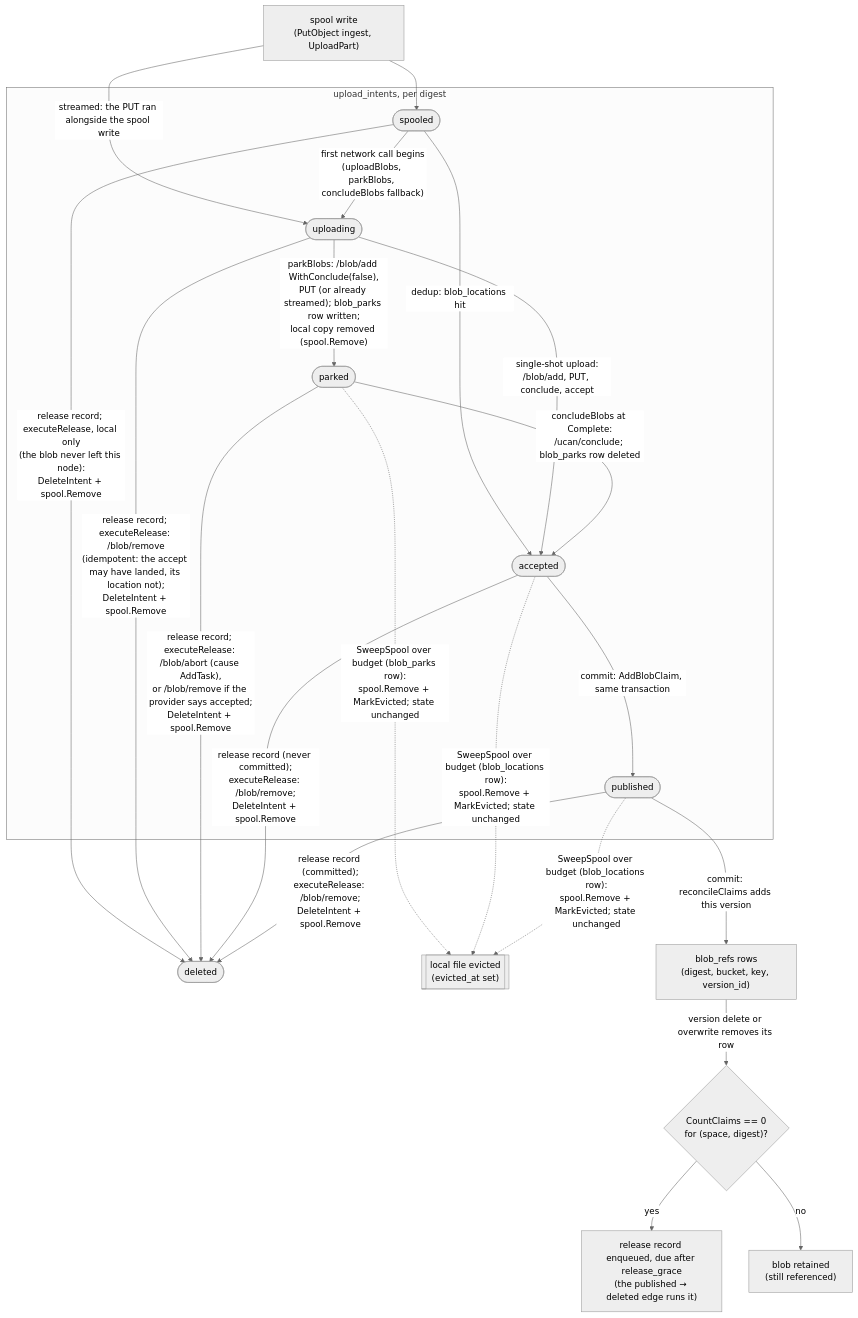
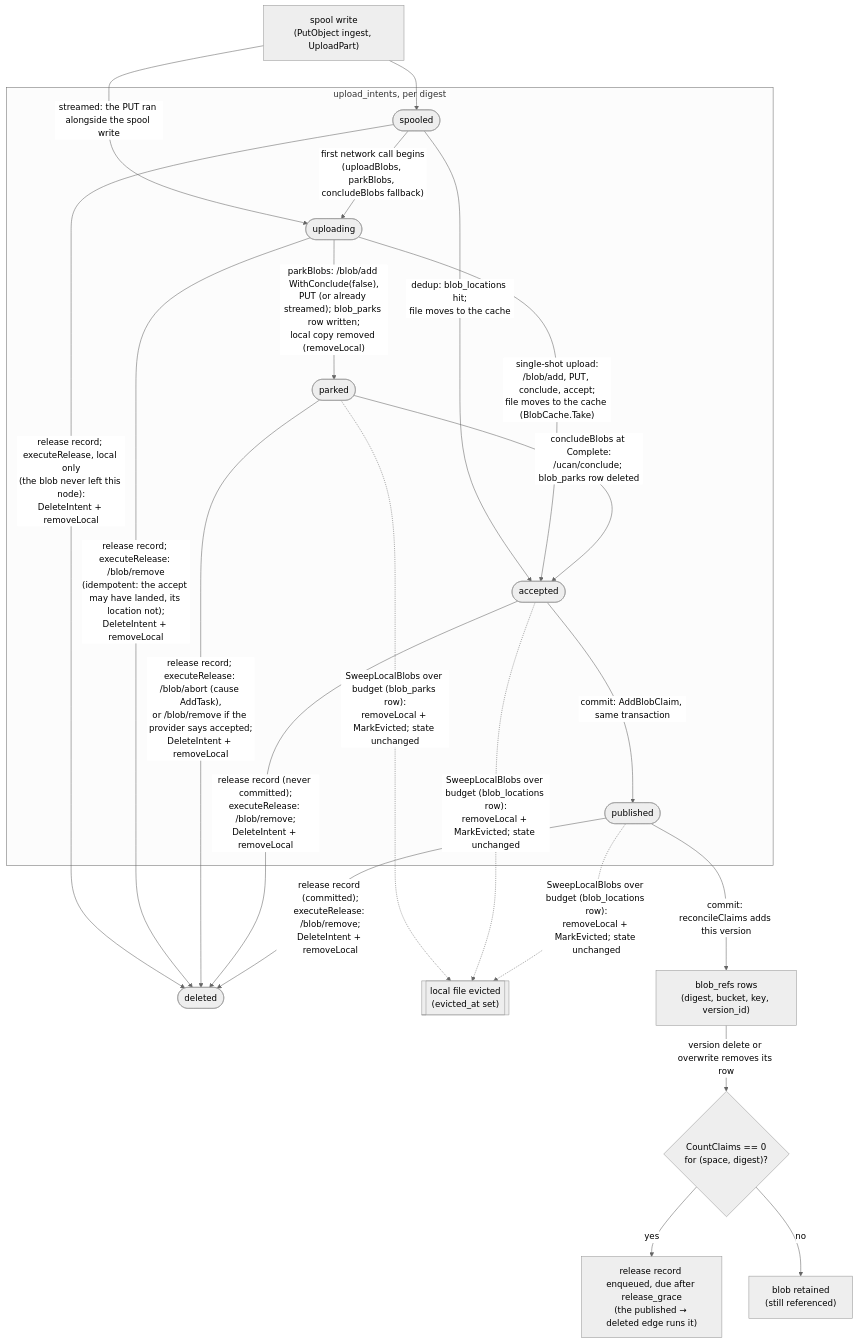
The eighth of 14 diagrams in docs/diagrams.md (fil-forge/ingot), drawn with Mermaid (neutral theme) before and after one commit. The commit also changed other lines of this file and 38 other files, not shown here.

````diff
--- a/docs/diagrams.md
+++ b/docs/diagrams.md
@@ -554,34 +558,34 @@
 ```mermaid
 flowchart TB
     W["spool write<br/>(PutObject ingest, UploadPart)"] --> spooled
     W -->|"streamed: the PUT ran alongside the spool write"| uploading
 
     subgraph intents["upload_intents, per digest"]
         spooled([spooled])
         uploading([uploading])
         parked([parked])
         accepted([accepted])
         published([published])
     end
 
-    spooled -->|"dedup: blob_locations hit"| accepted
+    spooled -->|"dedup: blob_locations hit;<br/>file moves to the cache"| accepted
     spooled -->|"first network call begins<br/>(uploadBlobs, parkBlobs, concludeBlobs fallback)"| uploading
-    uploading -->|"single-shot upload:<br/>/blob/add, PUT, conclude, accept"| accepted
-    uploading -->|"parkBlobs: /blob/add WithConclude(false),<br/>PUT (or already streamed); blob_parks row written;<br/>local copy removed (spool.Remove)"| parked
+    uploading -->|"single-shot upload:<br/>/blob/add, PUT, conclude, accept;<br/>file moves to the cache (BlobCache.Take)"| accepted
+    uploading -->|"parkBlobs: /blob/add WithConclude(false),<br/>PUT (or already streamed); blob_parks row written;<br/>local copy removed (removeLocal)"| parked
     parked -->|"concludeBlobs at Complete:<br/>/ucan/conclude; blob_parks row deleted"| accepted
-    spooled -->|"release record; executeRelease, local only<br/>(the blob never left this node):<br/>DeleteIntent + spool.Remove"| gone([deleted])
-    uploading -->|"release record; executeRelease: /blob/remove<br/>(idempotent: the accept may have landed, its location not);<br/>DeleteIntent + spool.Remove"| gone
-    parked -->|"release record; executeRelease: /blob/abort (cause AddTask),<br/>or /blob/remove if the provider says accepted;<br/>DeleteIntent + spool.Remove"| gone
-    accepted -->|"release record (never committed);<br/>executeRelease: /blob/remove;<br/>DeleteIntent + spool.Remove"| gone
-    published -->|"release record (committed);<br/>executeRelease: /blob/remove;<br/>DeleteIntent + spool.Remove"| gone
+    spooled -->|"release record; executeRelease, local only<br/>(the blob never left this node):<br/>DeleteIntent + removeLocal"| gone([deleted])
+    uploading -->|"release record; executeRelease: /blob/remove<br/>(idempotent: the accept may have landed, its location not);<br/>DeleteIntent + removeLocal"| gone
+    parked -->|"release record; executeRelease: /blob/abort (cause AddTask),<br/>or /blob/remove if the provider says accepted;<br/>DeleteIntent + removeLocal"| gone
+    accepted -->|"release record (never committed);<br/>executeRelease: /blob/remove;<br/>DeleteIntent + removeLocal"| gone
+    published -->|"release record (committed);<br/>executeRelease: /blob/remove;<br/>DeleteIntent + removeLocal"| gone
 
     accepted -->|"commit: AddBlobClaim, same transaction"| published
 
-    parked -.->|"SweepSpool over budget (blob_parks row):<br/>spool.Remove + MarkEvicted; state unchanged"| evicted[["local file evicted<br/>(evicted_at set)"]]
-    accepted -.->|"SweepSpool over budget (blob_locations row):<br/>spool.Remove + MarkEvicted; state unchanged"| evicted
-    published -.->|"SweepSpool over budget (blob_locations row):<br/>spool.Remove + MarkEvicted; state unchanged"| evicted
+    parked -.->|"SweepLocalBlobs over budget (blob_parks row):<br/>removeLocal + MarkEvicted; state unchanged"| evicted[["local file evicted<br/>(evicted_at set)"]]
+    accepted -.->|"SweepLocalBlobs over budget (blob_locations row):<br/>removeLocal + MarkEvicted; state unchanged"| evicted
+    published -.->|"SweepLocalBlobs over budget (blob_locations row):<br/>removeLocal + MarkEvicted; state unchanged"| evicted
     published -->|"commit: reconcileClaims adds this version"| refs["blob_refs rows<br/>(digest, bucket, key, version_id)"]
     refs -->|"version delete or overwrite removes its row"| zero{"CountClaims == 0<br/>for (space, digest)?"}
     zero -->|yes| rel["release record enqueued, due after release_grace<br/>(the published → deleted edge runs it)"]
     zero -->|no| keep["blob retained<br/>(still referenced)"]
 ```
````
